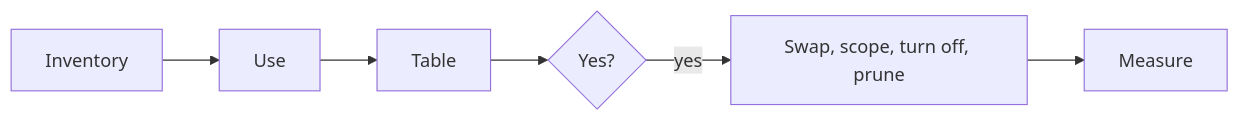
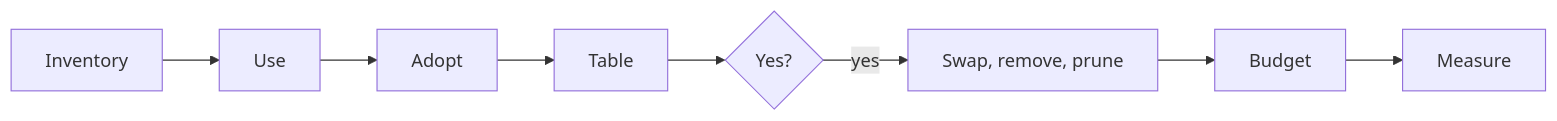
Before and after one commit to Colorado-Startups/claudius: the diagram in plugin/skills/equip/SKILL.md, drawn with Mermaid. The commit also changed other lines of this file and 32 other files, not shown here.

````diff
--- a/plugin/skills/equip/SKILL.md
+++ b/plugin/skills/equip/SKILL.md
@@ -15,4 +15,4 @@
 ```mermaid
 flowchart LR
-  I[Inventory] --> U[Use] --> T[Table] --> Y{Yes?} -->|yes| A[Swap, scope, turn off, prune] --> M[Measure]
+  I[Inventory] --> U[Use] --> D[Adopt] --> T[Table] --> Y{Yes?} -->|yes| A[Swap, remove, prune] --> B[Budget] --> M[Measure]
 ```
````
